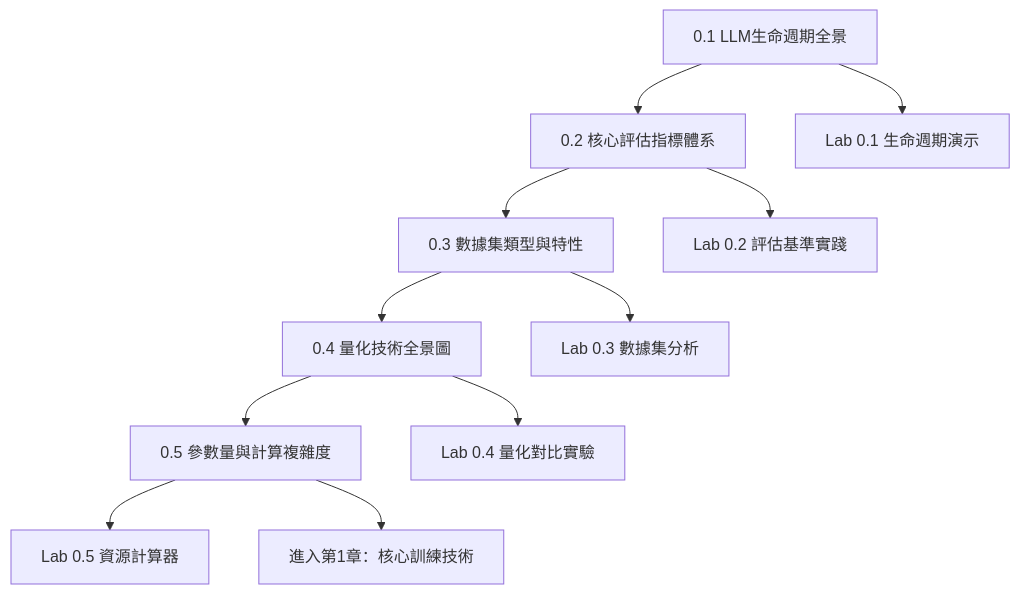
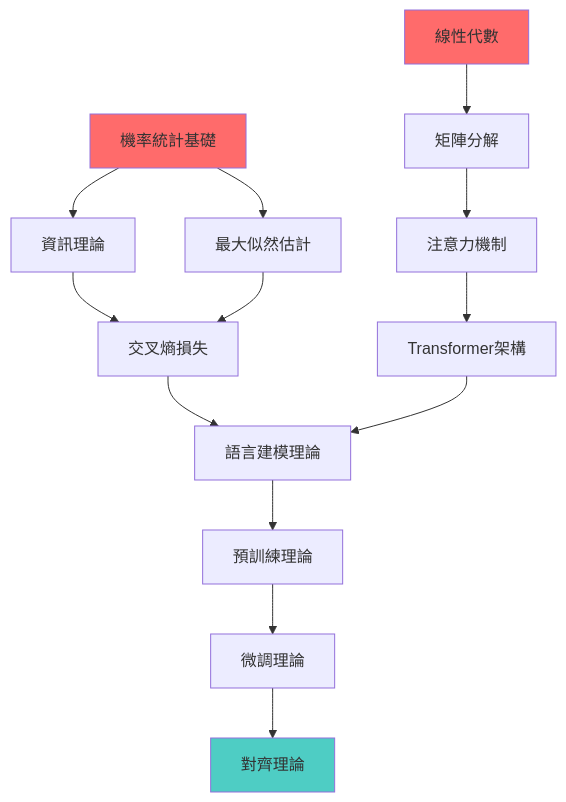
Before and after one commit to Zenobia000/iSpan_LLM-One-Piece: the second of 2 diagrams in 00-LLM_Fundamentals/LEARNING_PATH.md, drawn with Mermaid. The commit also changed other lines of this file and 2 other files, not shown here.

````diff
--- a/00-LLM_Fundamentals/LEARNING_PATH.md
+++ b/00-LLM_Fundamentals/LEARNING_PATH.md
@@ -7,15 +345,21 @@
 ```mermaid
 graph TD
-    A[0.1 LLM生命週期全景] --> B[0.2 核心評估指標體系]
-    B --> C[0.3 數據集類型與特性]
-    C --> D[0.4 量化技術全景圖]
-    D --> E[0.5 參數量與計算複雜度]
+    A[機率統計基礎] --> B[資訊理論]
+    A --> C[最大似然估計]
+    B --> D[交叉熵損失]
+    C --> D
+    D --> E[語言建模理論]
 
-    A --> F[Lab 0.1 生命週期演示]
-    B --> G[Lab 0.2 評估基準實踐]
-    C --> H[Lab 0.3 數據集分析]
-    D --> I[Lab 0.4 量化對比實驗]
-    E --> J[Lab 0.5 資源計算器]
+    F[線性代數] --> G[矩陣分解]
+    G --> H[注意力機制]
+    H --> I[Transformer架構]
+    I --> E
 
-    E --> K[進入第1章：核心訓練技術]
+    E --> J[預訓練理論]
+    J --> K[微調理論]
+    K --> L[對齊理論]
+
+    style A fill:#ff6b6b
+    style F fill:#ff6b6b
+    style L fill:#4ecdc4
 ```
````
